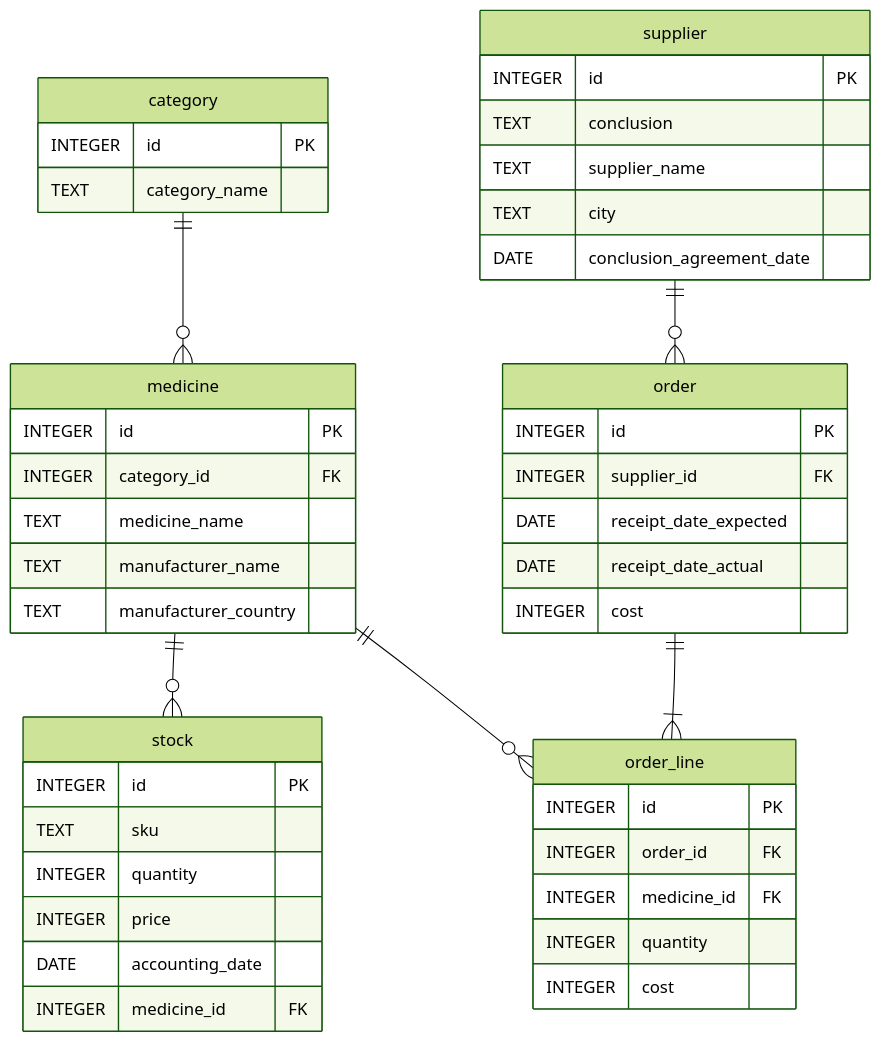
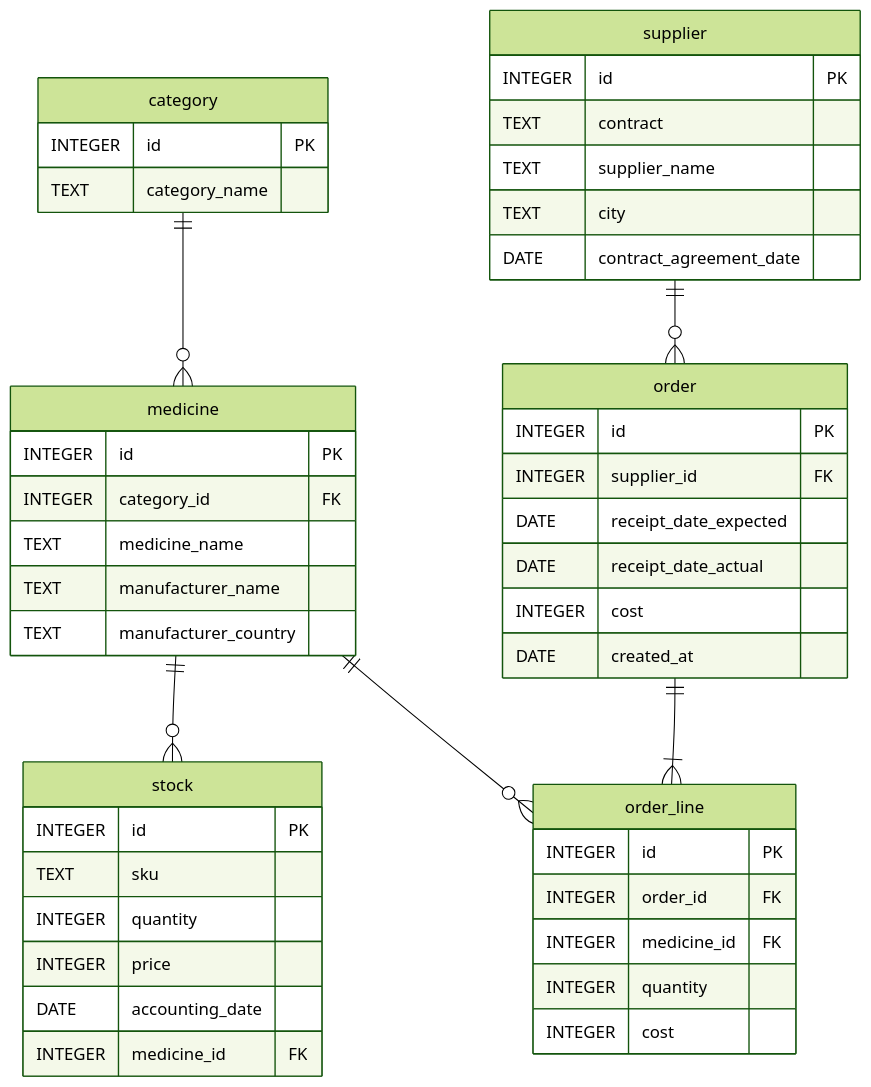
Before and after one commit to KEI3AB/database_university_course: the diagram in seminar/normalized/relations.md, drawn with Mermaid (forest theme). The commit also changed 1 other file, not shown here.

Commit message:
Внес правки.

````diff
--- a/seminar/normalized/relations.md
+++ b/seminar/normalized/relations.md
@@ -1,57 +1,58 @@
 ```mermaid
 erDiagram
     category {
         INTEGER id PK
         TEXT category_name
     }
 
     medicine {
         INTEGER id PK
         INTEGER category_id FK
         TEXT medicine_name
         TEXT manufacturer_name
         TEXT manufacturer_country
     }
 
     supplier {
         INTEGER id PK
-        TEXT conclusion
+        TEXT contract
         TEXT supplier_name
         TEXT city
-        DATE conclusion_agreement_date
+        DATE contract_agreement_date
     }
 
     order {
         INTEGER id PK
         INTEGER supplier_id FK
         DATE receipt_date_expected
         DATE receipt_date_actual
         INTEGER cost
+        DATE created_at
     }
 
     order_line {
         INTEGER id PK
         INTEGER order_id FK
         INTEGER medicine_id FK
         INTEGER quantity
         INTEGER cost
     }
 
     stock {
         INTEGER id PK
         TEXT sku
         INTEGER quantity
         INTEGER price
         DATE accounting_date
         INTEGER medicine_id FK
     }
 
     category ||--o{ medicine: ""
 
     medicine ||--o{ stock: ""
     medicine ||--o{ order_line: ""
 
     supplier ||--o{ order: ""
 
     order ||--|{ order_line: ""
 ```
````
